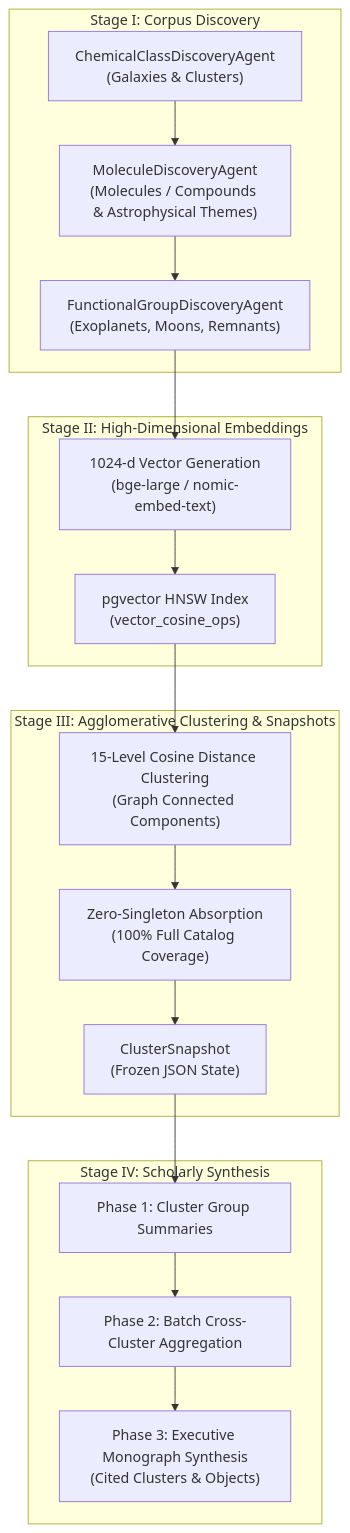
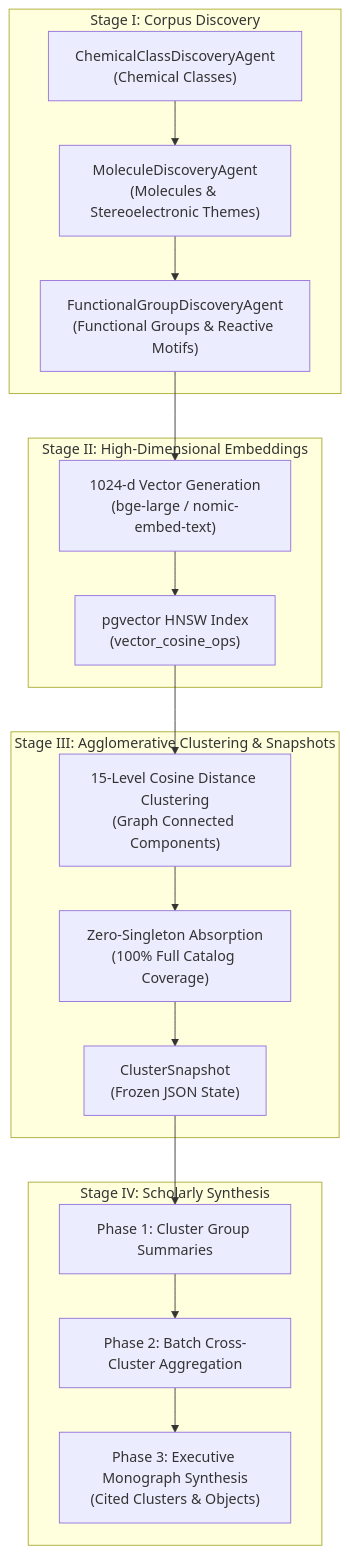
One commit to leouofa/chemist changed the diagram in README.md. Above: the diagram before and after it, drawn with Mermaid. The commit also changed other lines of this file and 42 other files, not shown here.

````diff
--- a/README.md
+++ b/README.md
@@ -50,24 +50,24 @@
 ```mermaid
 flowchart TD
     subgraph S1["Stage I: Corpus Discovery"]
-        P["ChemicalClassDiscoveryAgent\n(Galaxies & Clusters)"] --> G["MoleculeDiscoveryAgent\n(Molecules / Compounds & Astrophysical Themes)"]
-        G --> M["FunctionalGroupDiscoveryAgent\n(Exoplanets, Moons, Remnants)"]
+        P["ChemicalClassDiscoveryAgent\n(Chemical Classes)"] --> G["MoleculeDiscoveryAgent\n(Molecules & Stereoelectronic Themes)"]
+        G --> M["FunctionalGroupDiscoveryAgent\n(Functional Groups & Reactive Motifs)"]
     end
 
     subgraph S2["Stage II: High-Dimensional Embeddings"]
         M --> V1["1024-d Vector Generation\n(bge-large / nomic-embed-text)"]
         V1 --> V2["pgvector HNSW Index\n(vector_cosine_ops)"]
     end
 
     subgraph S3["Stage III: Agglomerative Clustering & Snapshots"]
         V2 --> C1["15-Level Cosine Distance Clustering\n(Graph Connected Components)"]
         C1 --> C2["Zero-Singleton Absorption\n(100% Full Catalog Coverage)"]
         C2 --> C3["ClusterSnapshot\n(Frozen JSON State)"]
     end
 
     subgraph S4["Stage IV: Scholarly Synthesis"]
         C3 --> R1["Phase 1: Cluster Group Summaries"]
         R1 --> R2["Phase 2: Batch Cross-Cluster Aggregation"]
         R2 --> R3["Phase 3: Executive Monograph Synthesis\n(Cited Clusters & Objects)"]
     end
 ```
````
